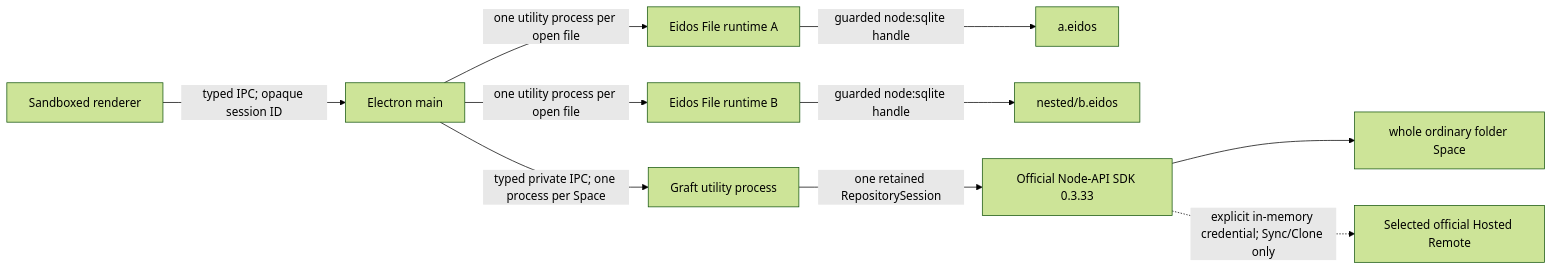
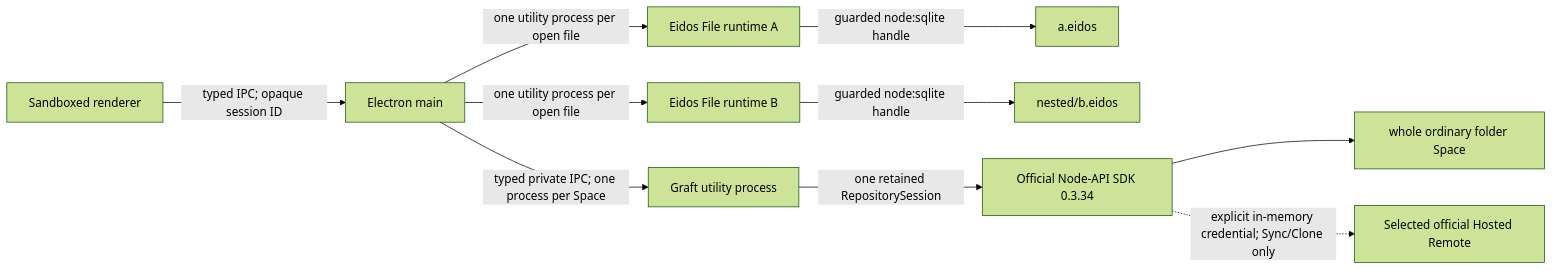
One commit to mayneyao/eidos changed the first of 3 diagrams in apps/eidos-lite-desktop/docs/ARCHITECTURE.md. Above: the diagram before and after it, drawn with Mermaid (forest theme). The commit also changed other lines of this file and 175 other files, not shown here.

````diff
--- a/apps/eidos-lite-desktop/docs/ARCHITECTURE.md
+++ b/apps/eidos-lite-desktop/docs/ARCHITECTURE.md
@@ -58,12 +94,12 @@
 ```mermaid
 flowchart LR
   R["Sandboxed renderer"] -->|"typed IPC; opaque session ID"| M["Electron main"]
   M -->|"one utility process per open file"| F1["Eidos File runtime A"]
   M -->|"one utility process per open file"| F2["Eidos File runtime B"]
   F1 -->|"guarded node:sqlite handle"| E1["a.eidos"]
   F2 -->|"guarded node:sqlite handle"| E2["nested/b.eidos"]
   M -->|"typed private IPC; one process per Space"| G["Graft utility process"]
-  G -->|"one retained RepositorySession"| N["Official Node-API SDK 0.3.33"]
+  G -->|"one retained RepositorySession"| N["Official Node-API SDK 0.3.34"]
   N --> S["whole ordinary folder Space"]
   N -. "explicit in-memory credential; Sync/Clone only" .-> H["Selected official Hosted Remote"]
 ```
````
